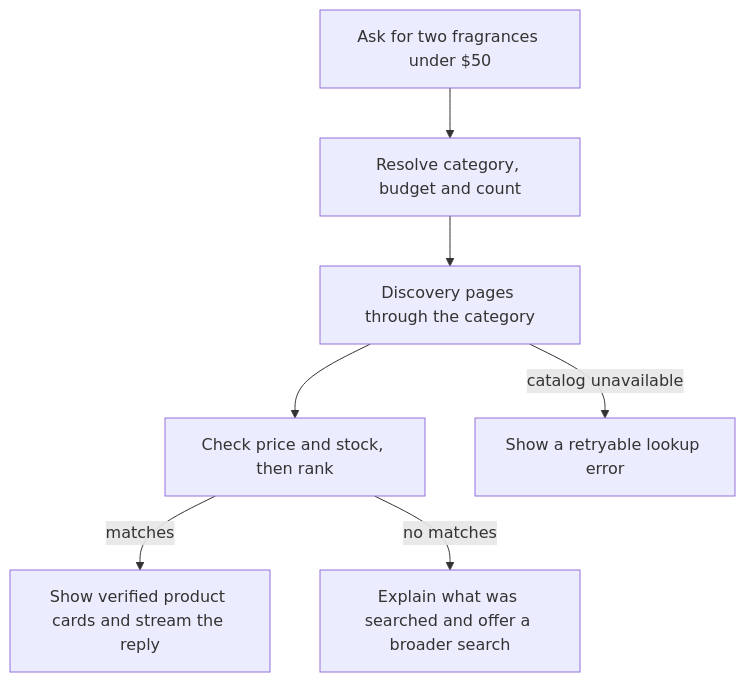
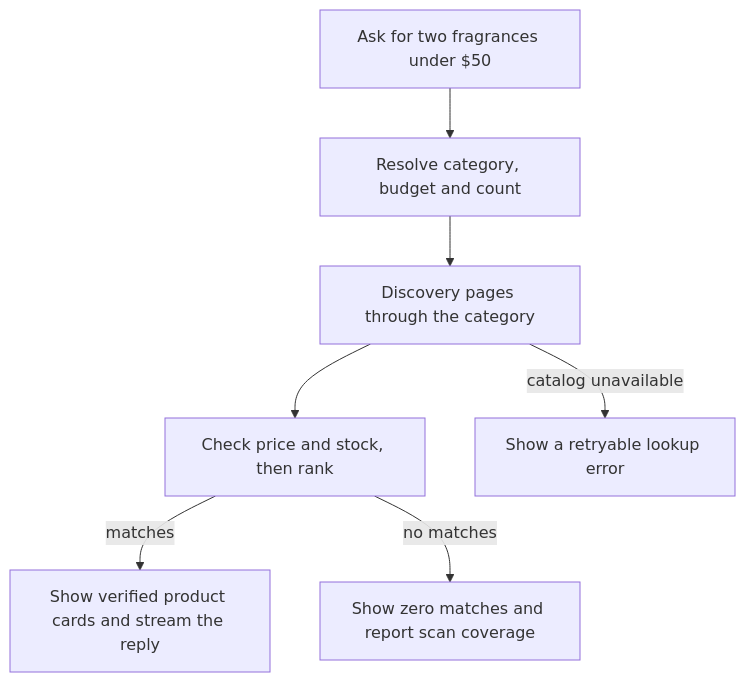
One commit to rosneri/bazak changed the third of 10 diagrams in docs/architecture.md. Above: the diagram before and after it, drawn with Mermaid. The commit also changed other lines of this file and 7 other files, not shown here.

````diff
--- a/docs/architecture.md
+++ b/docs/architecture.md
@@ -63,9 +48,9 @@
 ```mermaid
 flowchart TD
   ask["Ask for two fragrances under $50"] --> intent["Resolve category, budget and count"]
   intent --> lookup["Discovery pages through the category"]
   lookup --> rank["Check price and stock, then rank"]
   rank -->|matches| cards["Show verified product cards and stream the reply"]
-  rank -->|no matches| empty["Explain what was searched and offer a broader search"]
+  rank -->|no matches| empty["Show zero matches and report scan coverage"]
   lookup -->|catalog unavailable| failed["Show a retryable lookup error"]
 ```
````
